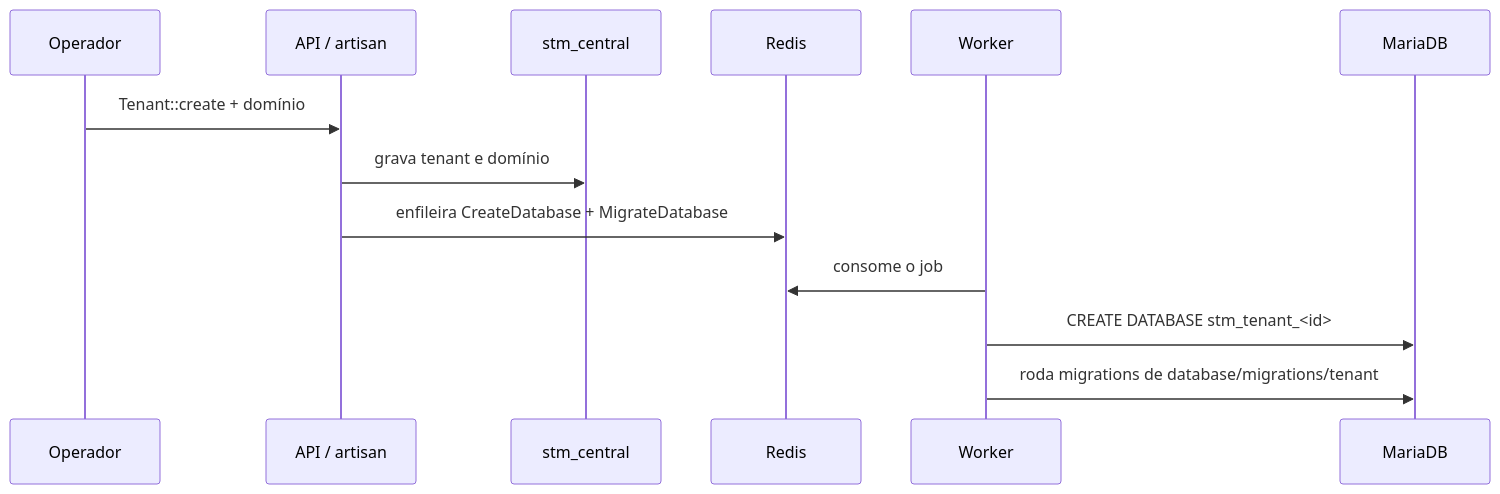
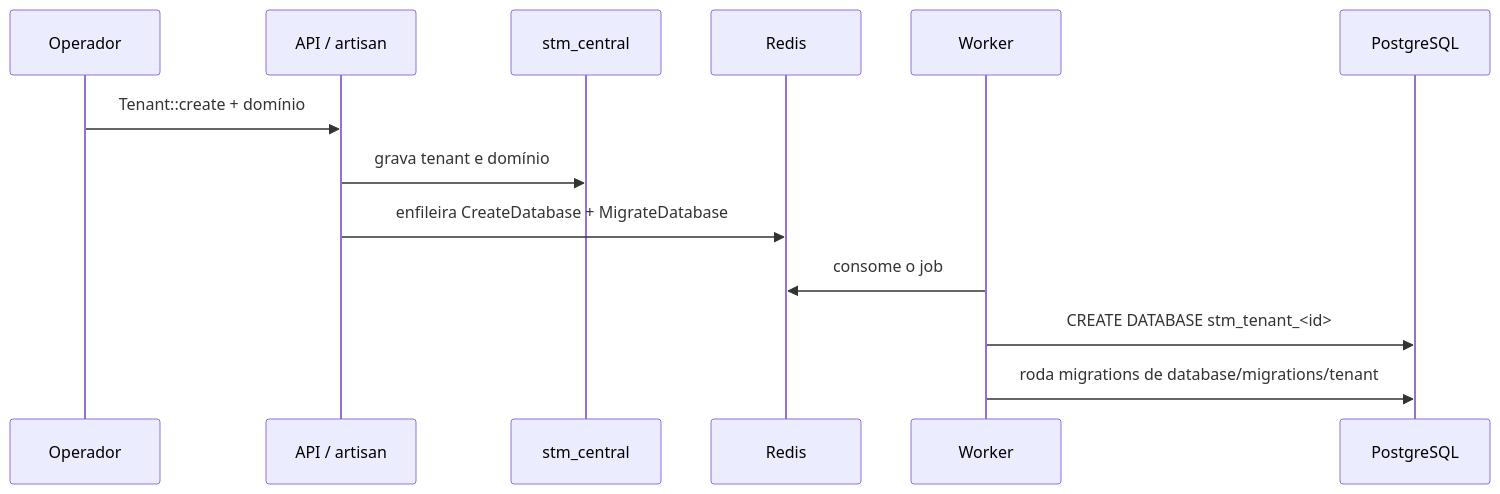
The fourth of 5 diagrams in docs/arquitetura/arc42.md (CristovaoCarlos/ERP-Estudos), drawn with Mermaid before and after one commit. The commit also changed other lines of this file and 15 other files, not shown here.

````diff
--- a/docs/arquitetura/arc42.md
+++ b/docs/arquitetura/arc42.md
@@ -162,16 +162,16 @@
 ```mermaid
 sequenceDiagram
     participant Op as Operador
     participant A as API / artisan
     participant C as stm_central
     participant R as Redis
     participant W as Worker
-    participant DB as MariaDB
+    participant DB as PostgreSQL
 
     Op->>A: Tenant::create + domínio
     A->>C: grava tenant e domínio
     A->>R: enfileira CreateDatabase + MigrateDatabase
     W->>R: consome o job
     W->>DB: CREATE DATABASE stm_tenant_<id>
     W->>DB: roda migrations de database/migrations/tenant
 ```
````
